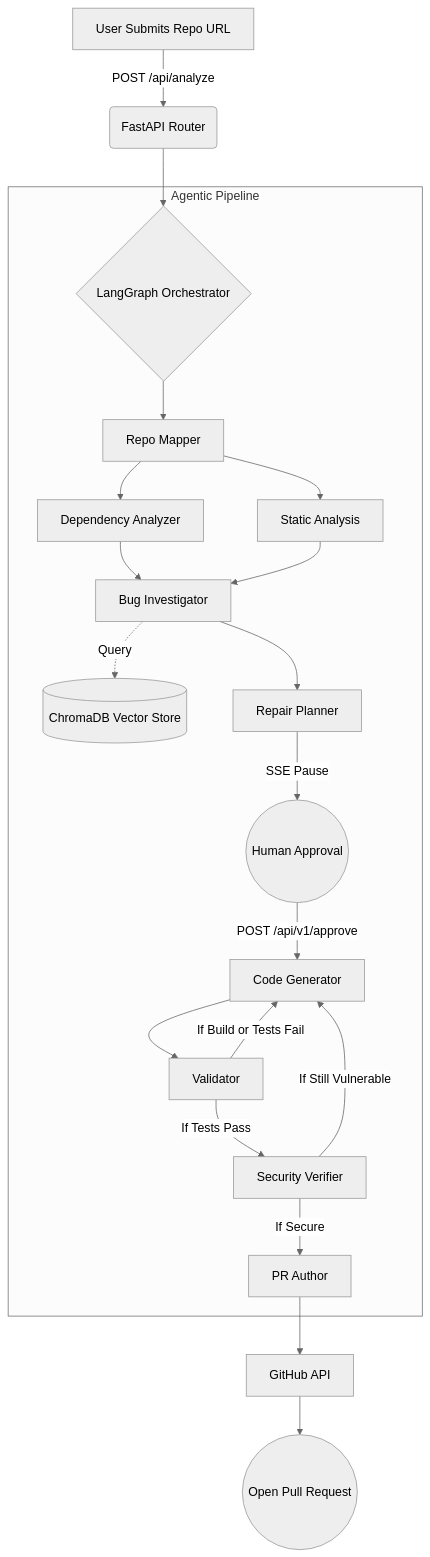
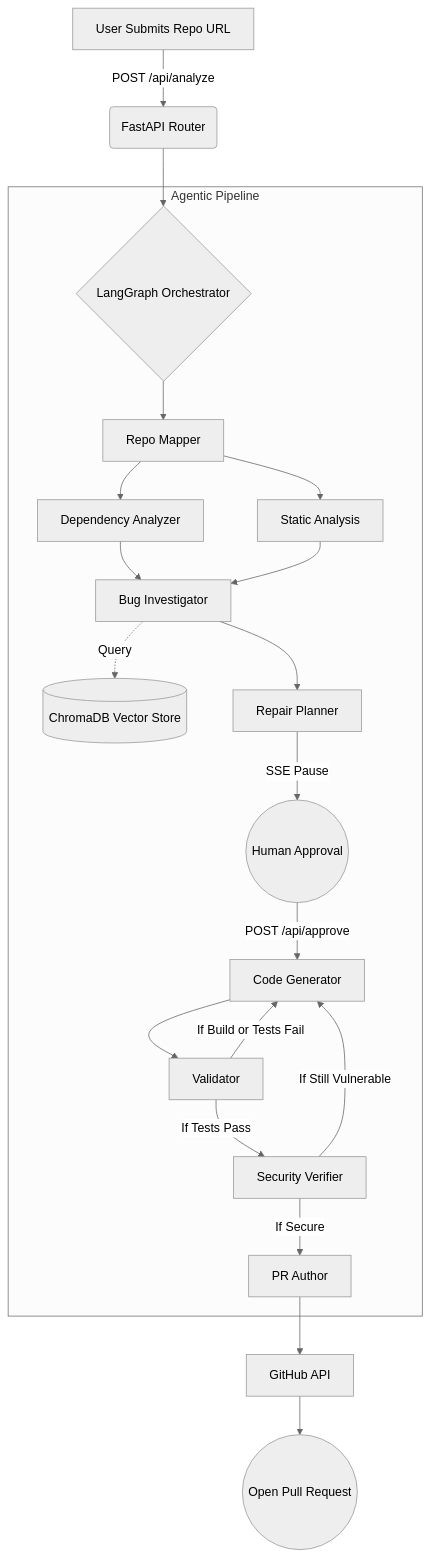
Before and after one commit to udarshcodes/codesentinel: the diagram in README.md, drawn with Mermaid (neutral theme). The commit also changed other lines of this file and 52 other files, not shown here.

````diff
--- a/README.md
+++ b/README.md
@@ -59,25 +60,25 @@
 ```mermaid
 graph TD
     A[User Submits Repo URL] -->|POST /api/analyze| B(FastAPI Router)
     B --> C{LangGraph Orchestrator}
     
     subgraph Agentic Pipeline
     C --> D[Repo Mapper]
     D --> DA[Dependency Analyzer]
     D --> SA[Static Analysis]
     DA --> F[Bug Investigator]
     SA --> F
     F -.->|Query| G[(ChromaDB Vector Store)]
     F --> H[Repair Planner]
     H -->|SSE Pause| I((Human Approval))
-    I -->|POST /api/v1/approve| J[Code Generator]
+    I -->|POST /api/approve| J[Code Generator]
     J --> K[Validator]
     K -->|If Build or Tests Fail| J
     K -->|If Tests Pass| SV[Security Verifier]
     SV -->|If Still Vulnerable| J
     SV -->|If Secure| L[PR Author]
     end
     
     L --> M[GitHub API]
     M --> N((Open Pull Request))
 ```
````
